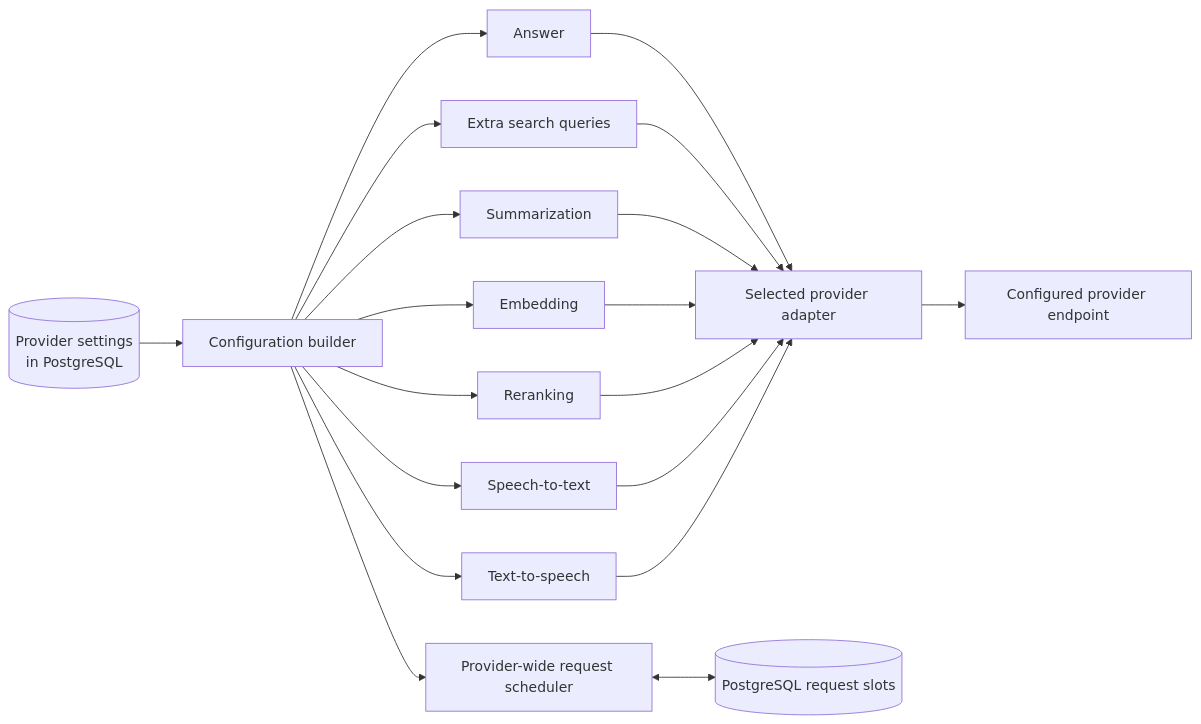
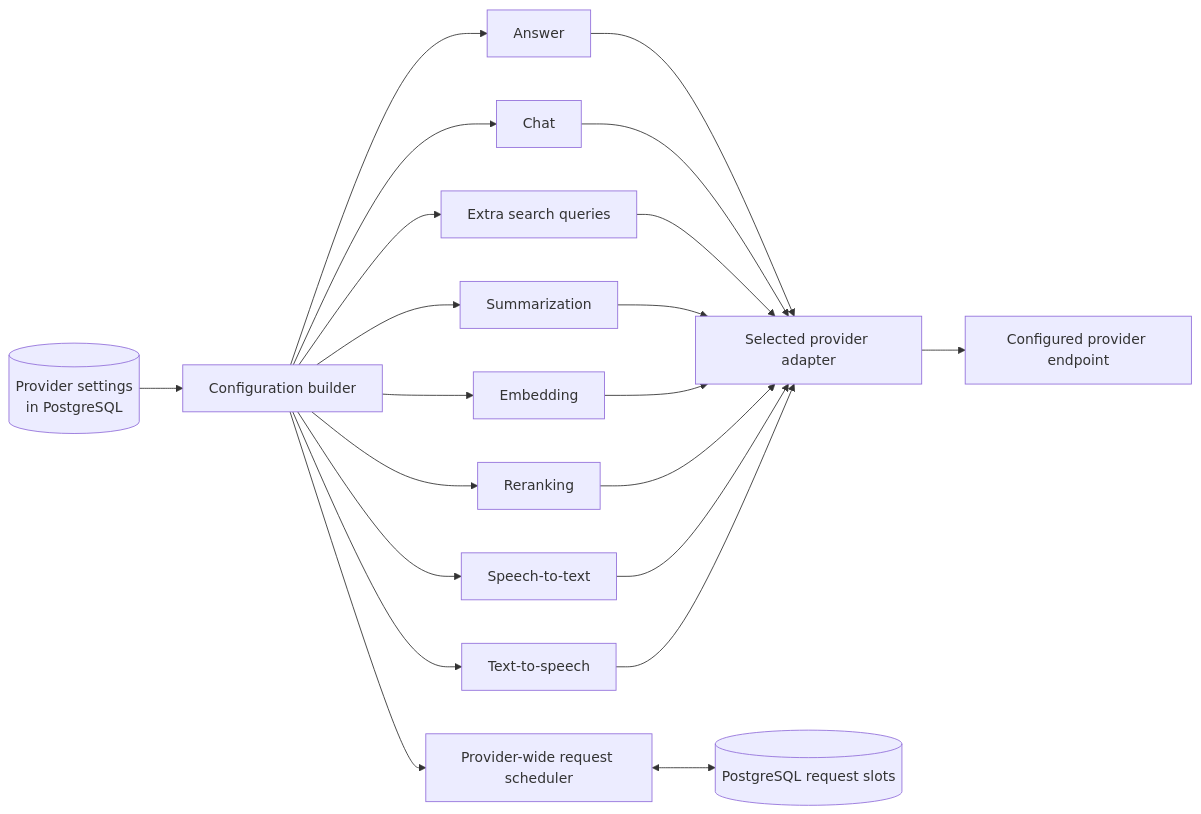
One commit to sageil/citeloom changed the second of 4 diagrams in docs/architecture.md. Above: the diagram before and after it, drawn with Mermaid. The commit also changed other lines of this file and 42 other files, not shown here.

````diff
--- a/docs/architecture.md
+++ b/docs/architecture.md
@@ -91,23 +91,25 @@
 ```mermaid
 flowchart LR
     Settings[(Provider settings<br/>in PostgreSQL)] --> Builder[Configuration builder]
     Builder --> Answer[Answer]
+    Builder --> Chat[Chat]
     Builder --> Expansion[Extra search queries]
     Builder --> Summary[Summarization]
     Builder --> Embedding[Embedding]
     Builder --> Reranking[Reranking]
     Builder --> STT[Speech-to-text]
     Builder --> TTS[Text-to-speech]
 
     Answer --> Adapter[Selected provider adapter]
+    Chat --> Adapter
     Expansion --> Adapter
     Summary --> Adapter
     Embedding --> Adapter
     Reranking --> Adapter
     STT --> Adapter
     TTS --> Adapter
 
     Adapter --> Endpoint[Configured provider endpoint]
     Builder --> Limits[Provider-wide request scheduler]
     Limits <--> Slots[(PostgreSQL request slots)]
 ```
````
